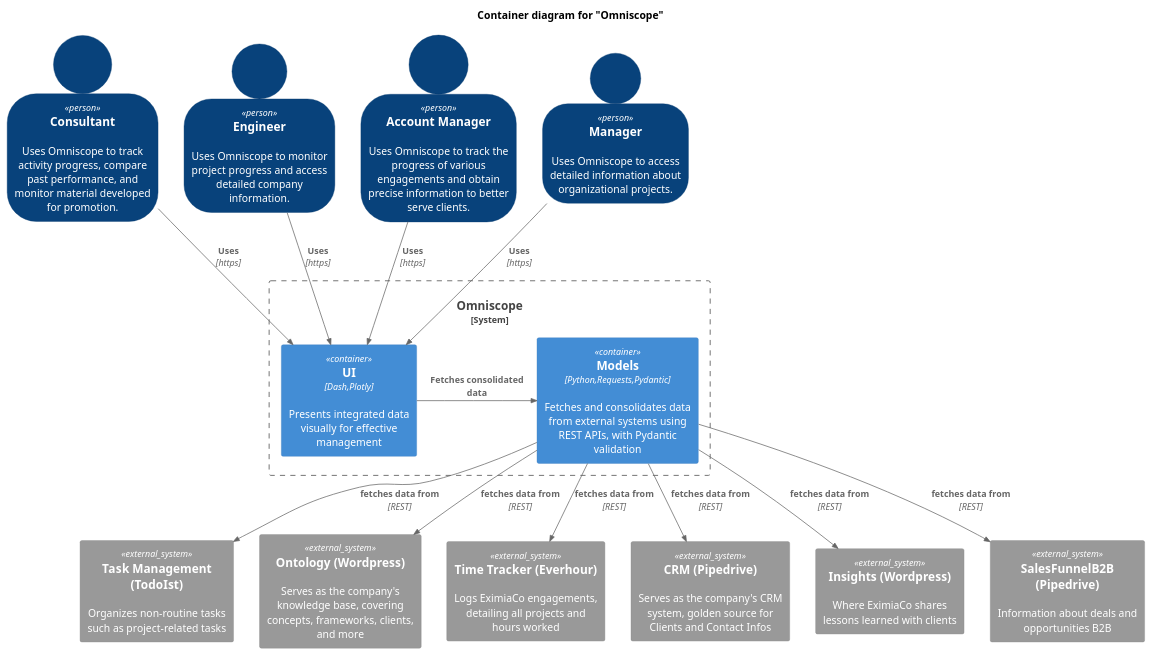
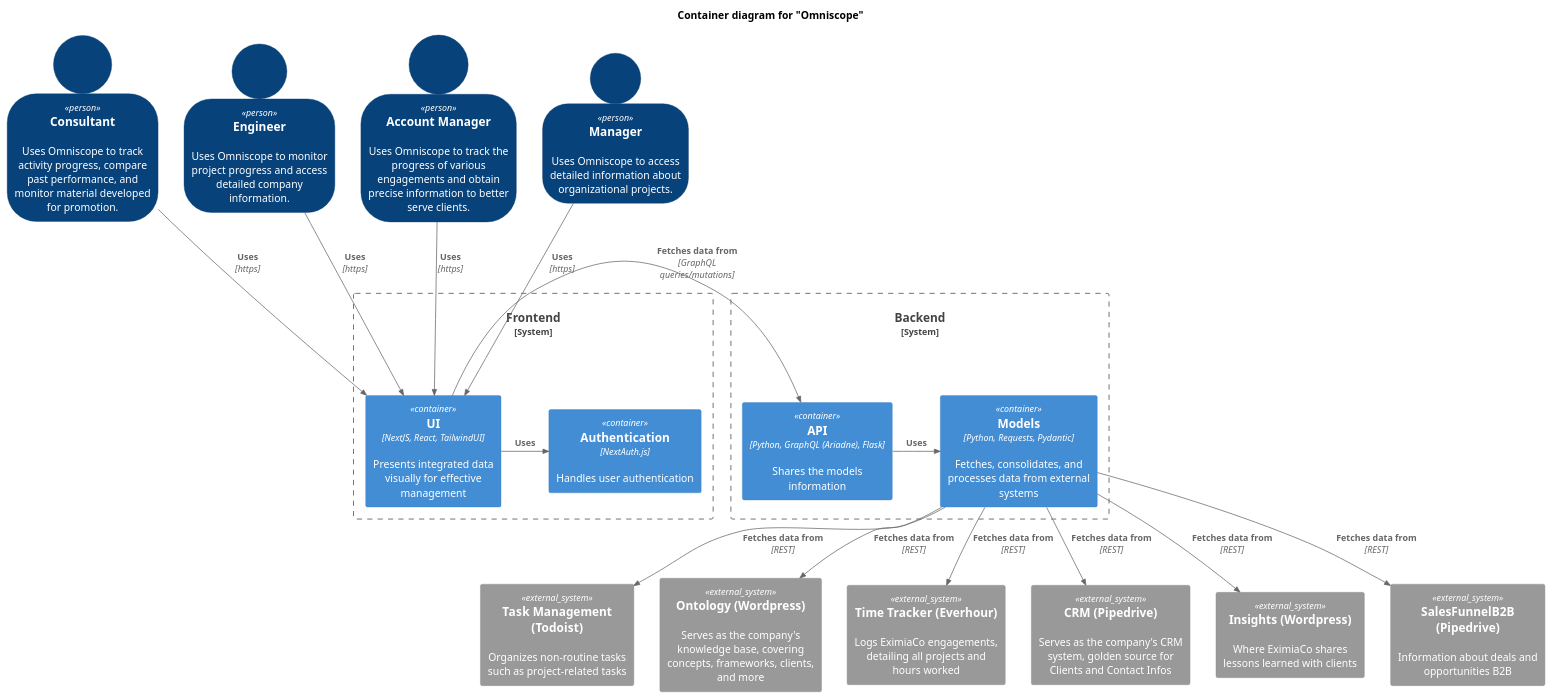
The diagram in doc/diagrams/containers.puml (eximiaco-labs/omniscope), drawn with PlantUML before and after one commit. The commit also changed 1 other file, not shown here.

Commit message:
Refactor diagram to separate frontend and backend components
This commit reorganizes the containers diagram by introducing separate boundaries for frontend and backend components. It updates the technologies used in the UI and introduces an authentication container. The relationships between components have been adjusted accordingly to reflect these structural changes.

```diff
--- a/doc/diagrams/containers.puml
+++ b/doc/diagrams/containers.puml
@@ -2,36 +1,46 @@
 @startuml
 !include https://raw.githubusercontent.com/plantuml-stdlib/C4-PlantUML/master/C4_Container.puml
 
 title Container diagram for "Omniscope"
 
 SHOW_PERSON_OUTLINE()
 
 Person(consultant, "Consultant", "Uses Omniscope to track activity progress, compare past performance, and monitor material developed for promotion.")
 Person(en, "Engineer", "Uses Omniscope to monitor project progress and access detailed company information.")
 Person(am, "Account Manager", "Uses Omniscope to track the progress of various engagements and obtain precise information to better serve clients.")
 Person(manager, "Manager", "Uses Omniscope to access detailed information about organizational projects.")
 
-System_Boundary(c1, "Omniscope") {
-    Container(webApp, "UI", "Dash,Plotly", "Presents integrated data visually for effective management")
-    Container(models, "Models", "Python,Requests,Pydantic", "Fetches and consolidates data from external systems using REST APIs, with Pydantic validation")
+System_Boundary(frontend, "Frontend") {
+    Container(webApp, "UI", "NextJS, React, TailwindUI", "Presents integrated data visually for effective management")
+    Container(auth, "Authentication", "NextAuth.js", "Handles user authentication")
+}
+
+System_Boundary(backend, "Backend") {
+    Container(graphql, "API", "Python, GraphQL (Ariadne), Flask", "Shares the models information")
+    Container(models, "Models", "Python, Requests, Pydantic", "Fetches, consolidates, and processes data from external systems")
 }
 
 Rel(consultant, webApp, "Uses", "https")
 Rel(en, webApp, "Uses", "https")
 Rel(am, webApp, "Uses", "https")
 Rel(manager, webApp, "Uses", "https")
 
-Rel_Neighbor(webApp, models, "Fetches consolidated data")
-System_Ext(TasksManager, "Task Management (TodoIst)", "Organizes non-routine tasks such as project-related tasks")
-Rel(models, TasksManager, "fetches data from", "REST")
+Rel_Neighbor(webApp, auth, "Uses")
+Rel_Neighbor(webApp, graphql, "Fetches data from", "GraphQL queries/mutations")
+Rel_Neighbor(graphql, models, "Uses")
+
+System_Ext(TasksManager, "Task Management (Todoist)", "Organizes non-routine tasks such as project-related tasks")
 System_Ext(Ontology, "Ontology (Wordpress)", "Serves as the company's knowledge base, covering concepts, frameworks, clients, and more")
-Rel(models, Ontology, "fetches data from", "REST")
 System_Ext(TimeTracker, "Time Tracker (Everhour)", "Logs EximiaCo engagements, detailing all projects and hours worked")
-Rel(models, TimeTracker, "fetches data from", "REST")
 System_Ext(CRM, "CRM (Pipedrive)", "Serves as the company's CRM system, golden source for Clients and Contact Infos")
-Rel(models, CRM, "fetches data from", "REST")
 System_Ext(Insights, "Insights (Wordpress)", "Where EximiaCo shares lessons learned with clients")
-Rel(models, Insights, "fetches data from", "REST")
 System_Ext(SalesFunnelB2B, "SalesFunnelB2B (Pipedrive)", "Information about deals and opportunities B2B")
-Rel(models, SalesFunnelB2B, "fetches data from", "REST")
+
+Rel(models, TasksManager, "Fetches data from", "REST")
+Rel(models, Ontology, "Fetches data from", "REST")
+Rel(models, TimeTracker, "Fetches data from", "REST")
+Rel(models, CRM, "Fetches data from", "REST")
+Rel(models, Insights, "Fetches data from", "REST")
+Rel(models, SalesFunnelB2B, "Fetches data from", "REST")
+
 @enduml
```
